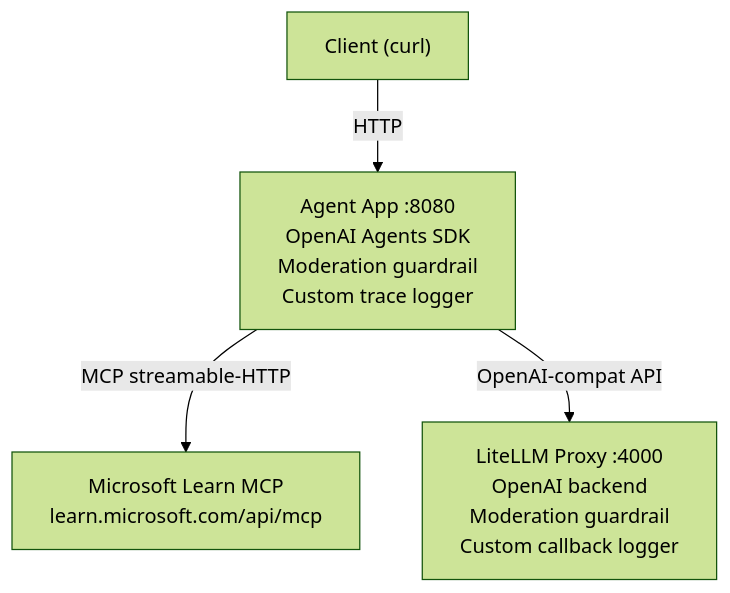
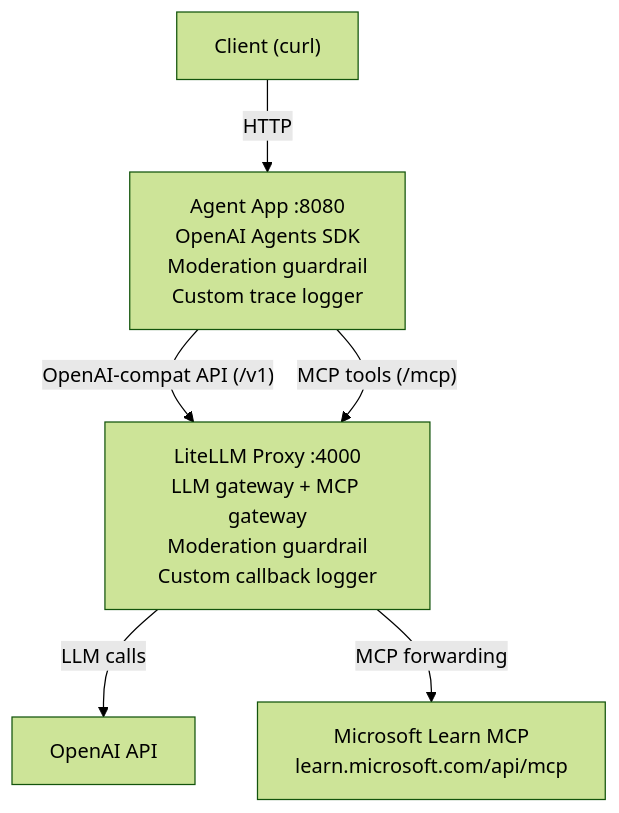
Before and after one commit to kubiosec-agentic/agentic-labs: the diagram in lab990_addendum/litellmpoc/README.md, drawn with Mermaid (forest theme). The commit also changed other lines of this file and 5 other files, not shown here.

Commit message:
refactor: update README.md and configuration files to clarify MCP integration through LiteLLM proxy

````diff
--- a/lab990_addendum/litellmpoc/README.md
+++ b/lab990_addendum/litellmpoc/README.md
@@ -15,11 +15,14 @@
 ```mermaid
 flowchart TD
     Client["Client (curl)"]
     Agent["Agent App :8080<br/>OpenAI Agents SDK<br/>Moderation guardrail<br/>Custom trace logger"]
-    Proxy["LiteLLM Proxy :4000<br/>OpenAI backend<br/>Moderation guardrail<br/>Custom callback logger"]
+    Proxy["LiteLLM Proxy :4000<br/>LLM gateway + MCP gateway<br/>Moderation guardrail<br/>Custom callback logger"]
+    OpenAI["OpenAI API"]
     MCP["Microsoft Learn MCP<br/>learn.microsoft.com/api/mcp"]
 
     Client -- HTTP --> Agent
-    Agent -- MCP streamable-HTTP --> MCP
-    Agent -- OpenAI-compat API --> Proxy
+    Agent -- "OpenAI-compat API (/v1)" --> Proxy
+    Agent -- "MCP tools (/mcp)" --> Proxy
+    Proxy -- LLM calls --> OpenAI
+    Proxy -- MCP forwarding --> MCP
 ```
````
